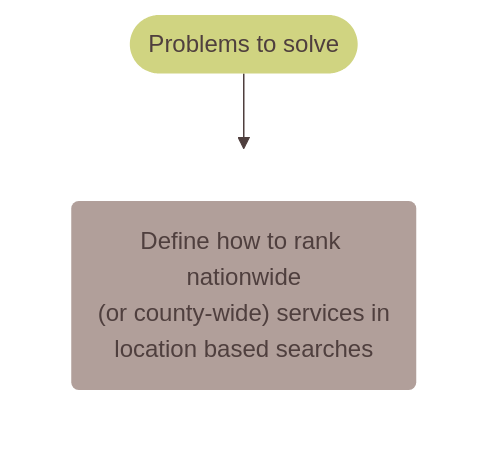
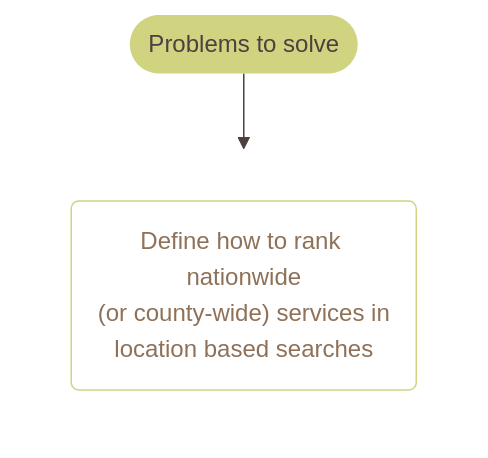
One commit to wearefuturegov/Outpost-Platform changed the fifth of 6 diagrams in create-roadmap/ROADMAP.md. Above: the diagram before and after it, drawn with Mermaid. The commit also changed other lines of this file and 96 other files, not shown here.

Commit message:
add in mindmap

````diff
--- a/create-roadmap/ROADMAP.md
+++ b/create-roadmap/ROADMAP.md
@@ -424,45 +434,45 @@
 ```mermaid
 %%{
 init:
 	{
 	"theme": "base",
 	"themeVariables":
 		{
 	      "primaryColor": "#b19f9a",
 	      "primaryTextColor": "#4f3f3e",
 	      "primaryBorderColor": "none",
 	      "lineColor": "#4f3f3e",
 	      "secondaryColor": "transparent",
 	      "tertiaryColor": "transparent"
 		},
 	"flowchart": {
 	  "curve": "linear"
         }
 	}
 }%%
 flowchart
 
 
     classDef ProblemsToSolve fill:#d0d481,stroke:none
-    classDef ProblemsToSolveTaskStyle fill:#fff,stroke:#d0d481,color:#8e7158
+    classDef ProblemsToSolveTasksStyle fill:#fff,stroke:#d0d481,color:#8e7158
 
     %% Top level
 
     %% 5 Problems to solve
     ProblemsToSolve([Problems to solve]):::ProblemsToSolve
 
         %% 5 Problems to solve - tasks
 
     subgraph ProblemsToSolveTasks[ ]
-     ProblemsToSolveTask0("Define how to rank nationwide<br />(or county-wide) services in<br />location based searches<br />"):::ProblemsToSolveTaskStyle0
+     ProblemsToSolveTask0("Define how to rank nationwide<br />(or county-wide) services in<br />location based searches<br />"):::ProblemsToSolveTasksStyle
      click ProblemsToSolveTask0 href "https://github.com/wearefuturegov/Outpost-Platform/issues/27"
     end
 
 
 
 
 
     %% Problems to solve
     ProblemsToSolve  --> ProblemsToSolveTasks
 
 ```
````
